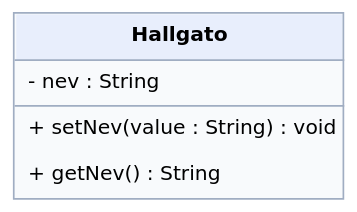
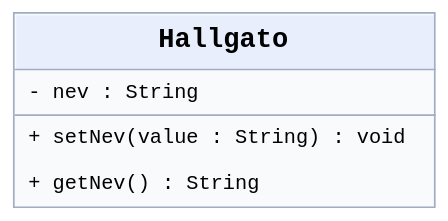
One commit to edetroll/java-oop changed the diagram in content/chapters/03-adatrejtes/media/hallgato-hu.dot. Above: the diagram before and after it, drawn with Graphviz. The commit also changed 38 other files, not shown here.

```diff
--- a/content/chapters/03-adatrejtes/media/hallgato-hu.dot
+++ b/content/chapters/03-adatrejtes/media/hallgato-hu.dot
@@ -1,1 +1,1 @@
-digraph G { graph [bgcolor="transparent",pad="0.05"]; node [shape=plaintext,fontname="DejaVu Sans",fontsize=12]; a [label=<<TABLE BORDER="1" CELLBORDER="0" CELLSPACING="0" CELLPADDING="7" COLOR="#a0adc2" BGCOLOR="#f8fafc"><TR><TD BGCOLOR="#e8eefc"><B>Hallgato</B></TD></TR><HR/><TR><TD ALIGN="LEFT" BALIGN="LEFT">- nev : String</TD></TR><HR/><TR><TD ALIGN="LEFT" BALIGN="LEFT">+ setNev(value : String) : void</TD></TR><TR><TD ALIGN="LEFT" BALIGN="LEFT">+ getNev() : String</TD></TR></TABLE>>]; }
+digraph G { graph [bgcolor="transparent",pad="0.05"]; node [shape=plaintext,fontname="Liberation Mono",fontsize=12]; a [label=<<TABLE BORDER="1" CELLBORDER="0" CELLSPACING="0" CELLPADDING="7" COLOR="#a0adc2" BGCOLOR="#f8fafc"><TR><TD BGCOLOR="#e8eefc"><FONT FACE="Liberation Mono" POINT-SIZE="16"><B>Hallgato</B></FONT></TD></TR><HR/><TR><TD ALIGN="LEFT" BALIGN="LEFT">- nev : String</TD></TR><HR/><TR><TD ALIGN="LEFT" BALIGN="LEFT">+ setNev(value : String) : void</TD></TR><TR><TD ALIGN="LEFT" BALIGN="LEFT">+ getNev() : String</TD></TR></TABLE>>]; }
```
